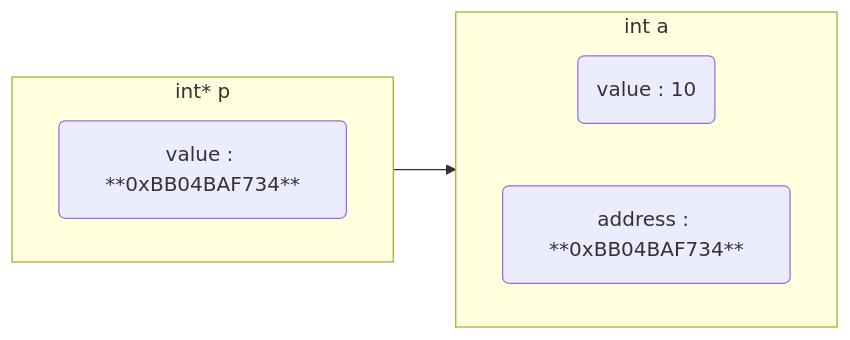
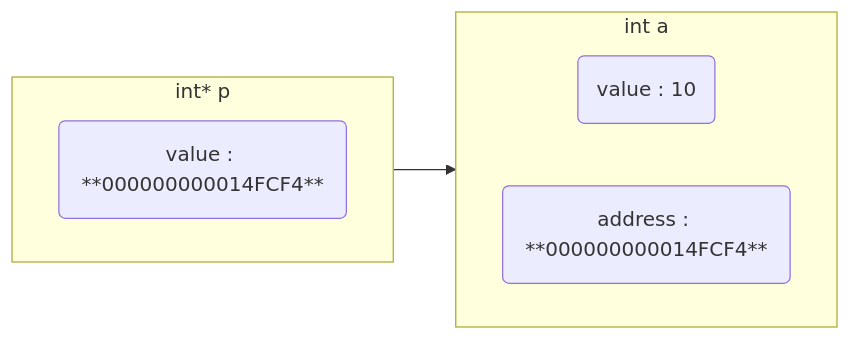
The first of 9 diagrams in _posts/Language/C&C++/指针/2022-01-08-指针.md (dmjcb/dmjcb.github.io), drawn with Mermaid before and after one commit. The commit also changed other lines of this file and 82 other files, not shown here.

````diff
--- a/_posts/Language/C&C++/指针/2022-01-08-指针.md
+++ b/_posts/Language/C&C++/指针/2022-01-08-指针.md
@@ -44,15 +44,15 @@
 ```mermaid
 graph LR;
     subgraph S1[int a]
         direction LR
         V2(value : 10)
-        A2(address : **0xBB04BAF734**)
+        A2(address : **000000000014FCF4**)
     end
 
     subgraph S2[int* p]
         direction LR
-        V1(value : **0xBB04BAF734**)
+        V1(value : **000000000014FCF4**)
     end
 
     V1-->A2
 ```
````
